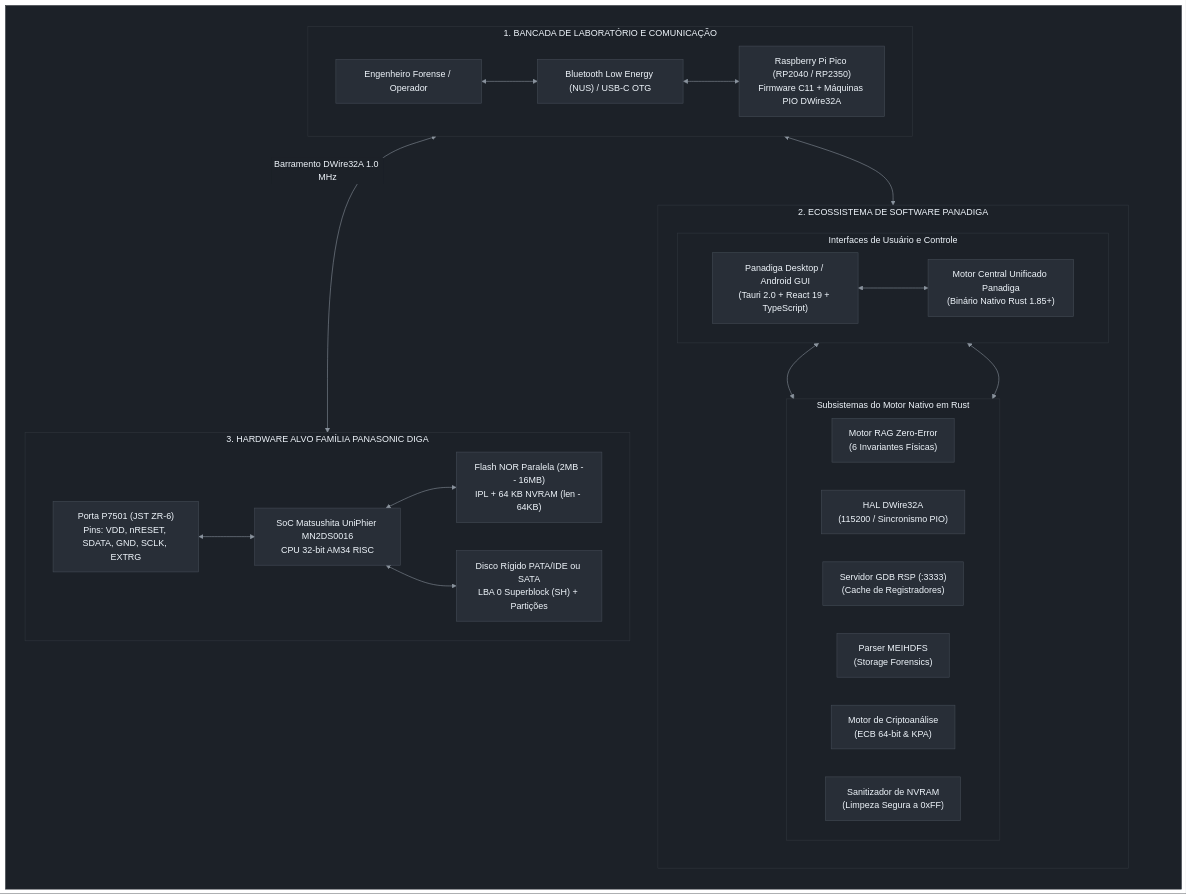
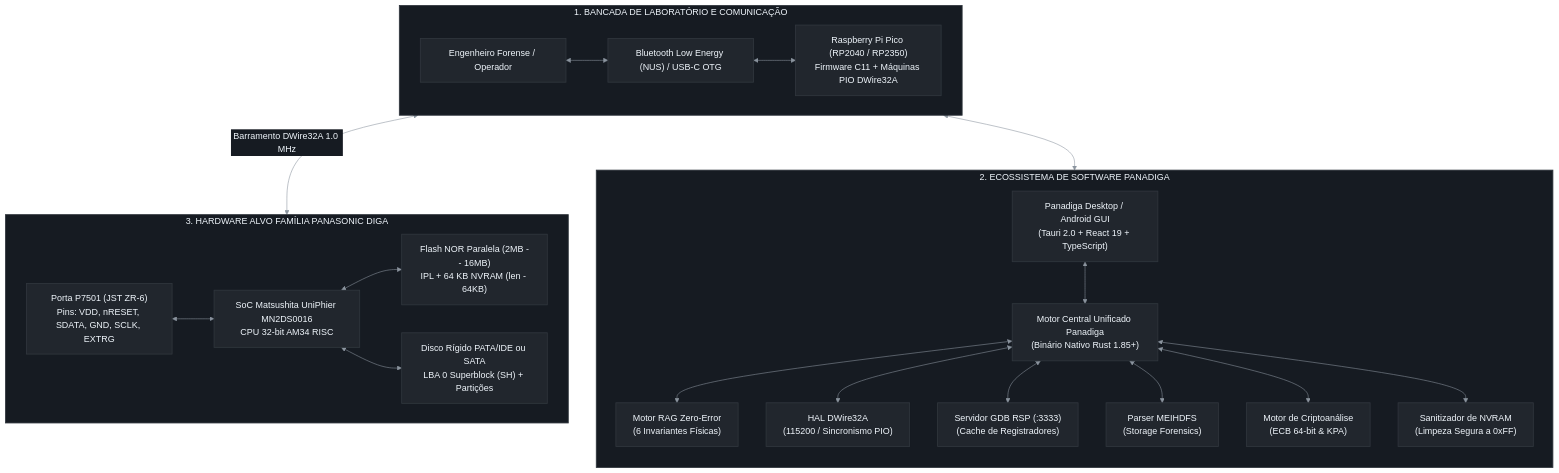
The diagram in README.pt-BR.md (danielchrono/Panadiga), drawn with Mermaid before and after one commit. The commit also changed 7 other files, not shown here.

Commit message:
feat(hdd): dual-mirror restoration, homogeneous dark-grey mermaid, and audit reports

````diff
--- a/README.pt-BR.md
+++ b/README.pt-BR.md
@@ -41,77 +41,69 @@
 ```mermaid
 %%{init: {
   'theme': 'base',
   'themeVariables': {
-    'background': '#1c2128',
-    'primaryColor': '#282e37',
+    'background': '#161b22',
+    'primaryColor': '#21262d',
     'primaryTextColor': '#f0f6fc',
-    'primaryBorderColor': '#444c56',
+    'primaryBorderColor': '#30363d',
     'lineColor': '#8b949e',
-    'secondaryColor': '#1c2128',
-    'tertiaryColor': '#1c2128',
-    'clusterBkg': '#1c2128',
+    'secondaryColor': '#21262d',
+    'tertiaryColor': '#21262d',
+    'clusterBkg': '#161b22',
     'clusterBorder': '#30363d',
     'defaultLinkColor': '#8b949e',
     'titleColor': '#f0f6fc',
-    'edgeLabelBackground': '#1c2128'
+    'edgeLabelBackground': '#161b22'
   }
 }}%%
 flowchart TD
-    subgraph MASTER[" "]
-        direction TB
-
-        subgraph LAB_BENCH["1. BANCADA DE LABORATÓRIO E COMUNICAÇÃO"]
-            direction LR
-            USER["Engenheiro Forense / Operador"]
-            BLE["Bluetooth Low Energy (NUS) / USB-C OTG"]
-            PICO["Raspberry Pi Pico (RP2040 / RP2350)<br/>Firmware C11 + Máquinas PIO DWire32A"]
-            USER <--> BLE <--> PICO
-        end
-
-        subgraph SOFTWARE_SUITE["2. ECOSSISTEMA DE SOFTWARE PANADIGA"]
-            direction TB
-            subgraph UI_TIER["Interfaces de Usuário e Controle"]
-                direction LR
-                GUI["Panadiga Desktop / Android GUI<br/>(Tauri 2.0 + React 19 + TypeScript)"]
-                CLI["Motor Central Unificado Panadiga<br/>(Binário Nativo Rust 1.85+)"]
-                GUI <--> CLI
-            end
-
-            subgraph CORE_MODULES["Subsistemas do Motor Nativo em Rust"]
-                direction LR
-                RAG["Motor RAG Zero-Error<br/>(6 Invariantes Físicas)"]
-                DW_HAL["HAL DWire32A<br/>(115200 / Sincronismo PIO)"]
-                GDB_SRV["Servidor GDB RSP (:3333)<br/>(Cache de Registradores)"]
-                MEIHDFS["Parser MEIHDFS<br/>(Storage Forensics)"]
-                CRYPTO["Motor de Criptoanálise<br/>(ECB 64-bit & KPA)"]
-                NVRAM["Sanitizador de NVRAM<br/>(Limpeza Segura a 0xFF)"]
-            end
-        end
-
-        subgraph TARGET_HARDWARE["3. HARDWARE ALVO FAMÍLIA PANASONIC DIGA"]
-            direction LR
-            P7501["Porta P7501 (JST ZR-6)<br/>Pins: VDD, nRESET, SDATA, GND, SCLK, EXTRG"]
-            AM34["SoC Matsushita UniPhier MN2DS0016<br/>CPU 32-bit AM34 RISC"]
-            FLASH["Flash NOR Paralela (2MB -- 16MB)<br/>IPL + 64 KB NVRAM (len - 64KB)"]
-            HDD["Disco Rígido PATA/IDE ou SATA<br/>LBA 0 Superblock (SH) + Partições"]
-            P7501 <--> AM34
-            AM34 <--> FLASH
-            AM34 <--> HDD
-        end
-
-        PICO <-->|"Barramento DWire32A 1.0 MHz"| P7501
-        UI_TIER <--> CORE_MODULES
-        BLE <--> GUI
-        CLI <--> DW_HAL
+    subgraph LAB_BENCH["1. BANCADA DE LABORATÓRIO E COMUNICAÇÃO"]
+        direction LR
+        USER["Engenheiro Forense / Operador"]
+        BLE["Bluetooth Low Energy (NUS) / USB-C OTG"]
+        PICO["Raspberry Pi Pico (RP2040 / RP2350)<br/>Firmware C11 + Máquinas PIO DWire32A"]
+        USER <--> BLE <--> PICO
     end
 
-    style MASTER fill:#1c2128,stroke:#30363d,stroke-width:1px
-    style LAB_BENCH fill:#1c2128,stroke:#30363d,stroke-width:1px,color:#f0f6fc
-    style SOFTWARE_SUITE fill:#1c2128,stroke:#30363d,stroke-width:1px,color:#f0f6fc
-    style UI_TIER fill:#1c2128,stroke:#30363d,stroke-width:1px,color:#f0f6fc
-    style CORE_MODULES fill:#1c2128,stroke:#30363d,stroke-width:1px,color:#f0f6fc
-    style TARGET_HARDWARE fill:#1c2128,stroke:#30363d,stroke-width:1px,color:#f0f6fc
+    subgraph SOFTWARE_SUITE["2. ECOSSISTEMA DE SOFTWARE PANADIGA"]
+        direction TB
+        GUI["Panadiga Desktop / Android GUI<br/>(Tauri 2.0 + React 19 + TypeScript)"]
+        CLI["Motor Central Unificado Panadiga<br/>(Binário Nativo Rust 1.85+)"]
+        GUI <--> CLI
 
-    classDef greyBox fill:#282e37,stroke:#444c56,color:#f0f6fc,stroke-width:1px;
+        RAG["Motor RAG Zero-Error<br/>(6 Invariantes Físicas)"]
+        DW_HAL["HAL DWire32A<br/>(115200 / Sincronismo PIO)"]
+        GDB_SRV["Servidor GDB RSP (:3333)<br/>(Cache de Registradores)"]
+        MEIHDFS["Parser MEIHDFS<br/>(Storage Forensics)"]
+        CRYPTO["Motor de Criptoanálise<br/>(ECB 64-bit & KPA)"]
+        NVRAM["Sanitizador de NVRAM<br/>(Limpeza Segura a 0xFF)"]
+
+        CLI <--> RAG
+        CLI <--> DW_HAL
+        CLI <--> GDB_SRV
+        CLI <--> MEIHDFS
+        CLI <--> CRYPTO
+        CLI <--> NVRAM
+    end
+
+    subgraph TARGET_HARDWARE["3. HARDWARE ALVO FAMÍLIA PANASONIC DIGA"]
+        direction LR
+        P7501["Porta P7501 (JST ZR-6)<br/>Pins: VDD, nRESET, SDATA, GND, SCLK, EXTRG"]
+        AM34["SoC Matsushita UniPhier MN2DS0016<br/>CPU 32-bit AM34 RISC"]
+        FLASH["Flash NOR Paralela (2MB -- 16MB)<br/>IPL + 64 KB NVRAM (len - 64KB)"]
+        HDD["Disco Rígido PATA/IDE ou SATA<br/>LBA 0 Superblock (SH) + Partições"]
+        P7501 <--> AM34
+        AM34 <--> FLASH
+        AM34 <--> HDD
+    end
+
+    PICO <-->|"Barramento DWire32A 1.0 MHz"| P7501
+    BLE <--> GUI
+
+    style LAB_BENCH fill:#161b22,stroke:#30363d,stroke-width:1.5px,color:#f0f6fc
+    style SOFTWARE_SUITE fill:#161b22,stroke:#30363d,stroke-width:1.5px,color:#f0f6fc
+    style TARGET_HARDWARE fill:#161b22,stroke:#30363d,stroke-width:1.5px,color:#f0f6fc
+
+    classDef greyBox fill:#21262d,stroke:#30363d,color:#f0f6fc,stroke-width:1.5px;
     class USER,BLE,PICO,GUI,CLI,RAG,DW_HAL,GDB_SRV,MEIHDFS,CRYPTO,NVRAM,P7501,AM34,FLASH,HDD greyBox;
 ```
````
